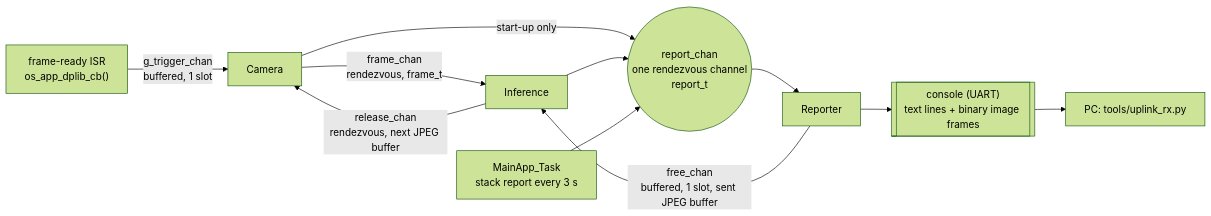
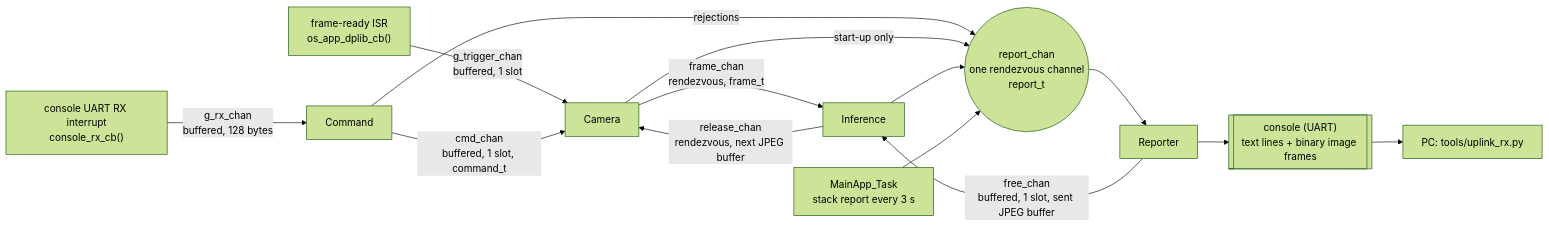
One commit to OliverFaust/HimaxWE2-CSP4CMSIS changed the diagram in EPII_CM55M_APP_S/app/scenario_app/csp4cmsis_neuropathway_image_uplink/README.md. Above: the diagram before and after it, drawn with Mermaid (forest theme). The commit also changed other lines of this file and 17 other files, not shown here.

````diff
--- a/EPII_CM55M_APP_S/app/scenario_app/csp4cmsis_neuropathway_image_uplink/README.md
+++ b/EPII_CM55M_APP_S/app/scenario_app/csp4cmsis_neuropathway_image_uplink/README.md
@@ -22,13 +22,16 @@
 ```mermaid
 flowchart LR
     ISR["frame-ready ISR<br/>os_app_dplib_cb()"] -->|"g_trigger_chan<br/>buffered, 1 slot"| Camera
     Camera -->|"frame_chan<br/>rendezvous, frame_t"| Inference
     Inference -->|"release_chan<br/>rendezvous, next JPEG buffer"| Camera
+    UART["console UART RX interrupt<br/>console_rx_cb()"] -->|"g_rx_chan<br/>buffered, 128 bytes"| Command
+    Command -->|"cmd_chan<br/>buffered, 1 slot, command_t"| Camera
+    Command -->|"rejections"| report_chan
     Reporter -->|"free_chan<br/>buffered, 1 slot, sent JPEG buffer"| Inference
     Camera -->|"start-up only"| report_chan
     Inference --> report_chan
     MainApp["MainApp_Task<br/>stack report every 3 s"] --> report_chan
     report_chan(("report_chan<br/>one rendezvous channel<br/>report_t")) --> Reporter
     Reporter --> Console[["console (UART)<br/>text lines + binary image frames"]]
     Console --> PC["PC: tools/uplink_rx.py"]
 ```
````
